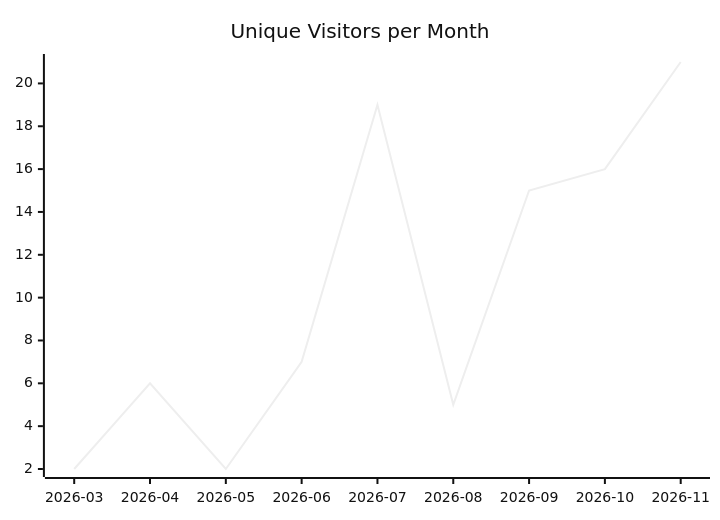
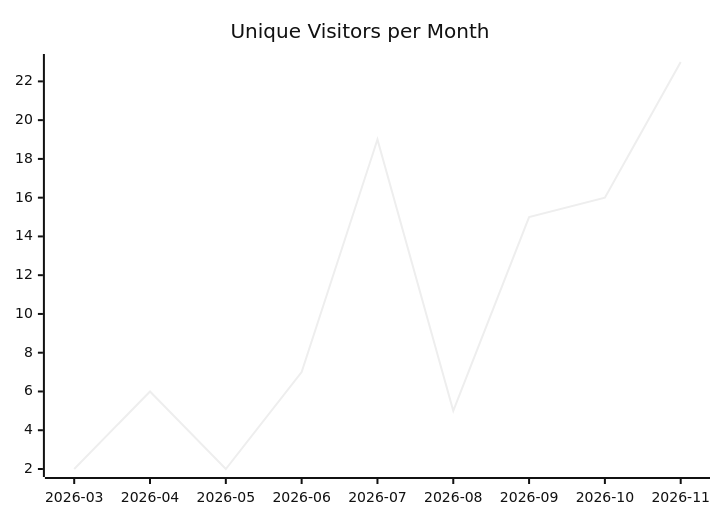
Before and after one commit to justdavis-family/github-analytics-data: the first of 3 diagrams in karlmdavis/fhir-benchmarks/README.md, drawn with Mermaid (neutral theme). The commit also changed other lines of this file and 196 other files, not shown here.

````diff
--- a/karlmdavis/fhir-benchmarks/README.md
+++ b/karlmdavis/fhir-benchmarks/README.md
@@ -5,6 +5,6 @@
 ```mermaid
 xychart-beta
   title "Unique Visitors per Month"
   x-axis ["2026-03", "2026-04", "2026-05", "2026-06", "2026-07", "2026-08", "2026-09", "2026-10", "2026-11"]
-  line [2, 6, 2, 7, 19, 5, 15, 16, 21]
+  line [2, 6, 2, 7, 19, 5, 15, 16, 23]
 ```
````
